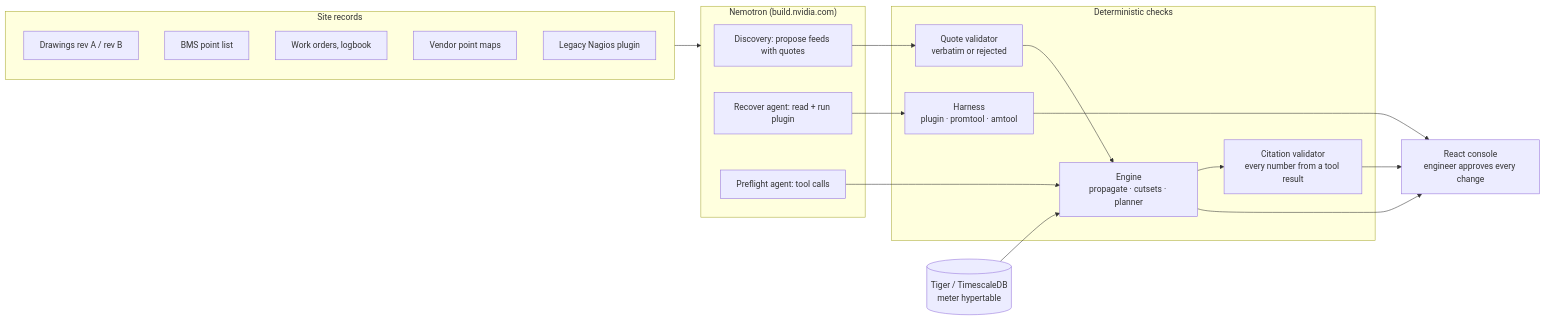
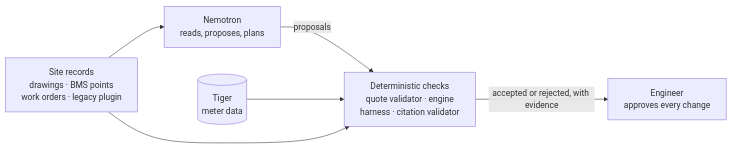
The diagram in README.md (Manideep728/DAMO-HackUTD2026), drawn with Mermaid before and after one commit. The commit also changed other lines of this file, not shown here.

Commit message:
Show README screenshots in a 2x2 grid and simplify the diagram

````diff
--- a/README.md
+++ b/README.md
@@ -26,33 +46,11 @@
 ```mermaid
 flowchart LR
-  subgraph Sources["Site records"]
-    D[Drawings rev A / rev B]
-    P[BMS point list]
-    W[Work orders, logbook]
-    V[Vendor point maps]
-    L[Legacy Nagios plugin]
-  end
-
-  subgraph AI["Nemotron (build.nvidia.com)"]
-    A1[Discovery: propose feeds with quotes]
-    A2[Recover agent: read + run plugin]
-    A3[Preflight agent: tool calls]
-  end
-
-  subgraph Checks["Deterministic checks"]
-    Q[Quote validator<br/>verbatim or rejected]
-    E[Engine<br/>propagate · cutsets · planner]
-    H[Harness<br/>plugin · promtool · amtool]
-    C[Citation validator<br/>every number from a tool result]
-  end
-
-  Sources --> AI
-  A1 --> Q --> E
-  A3 --> E --> C
-  A2 --> H
-  E --> UI
-  H --> UI
-  C --> UI
-  T[(Tiger / TimescaleDB<br/>meter hypertable)] --> E
-  UI[React console<br/>engineer approves every change]
+  R["Site records<br/>drawings · BMS points<br/>work orders · legacy plugin"]
+  N["Nemotron<br/>reads, proposes, plans"]
+  K["Deterministic checks<br/>quote validator · engine<br/>harness · citation validator"]
+  U["Engineer<br/>approves every change"]
+  T[("Tiger<br/>meter data")]
+  R --> N -->|proposals| K -->|accepted or rejected, with evidence| U
+  T --> K
+  R --> K
 ```
````
